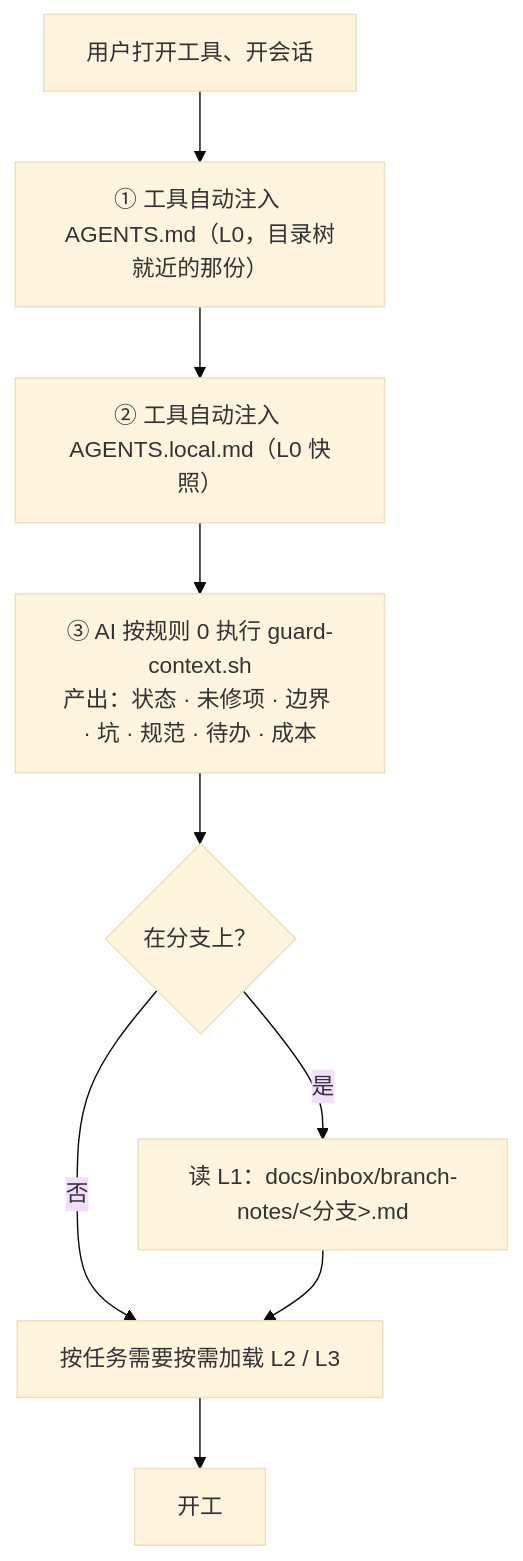
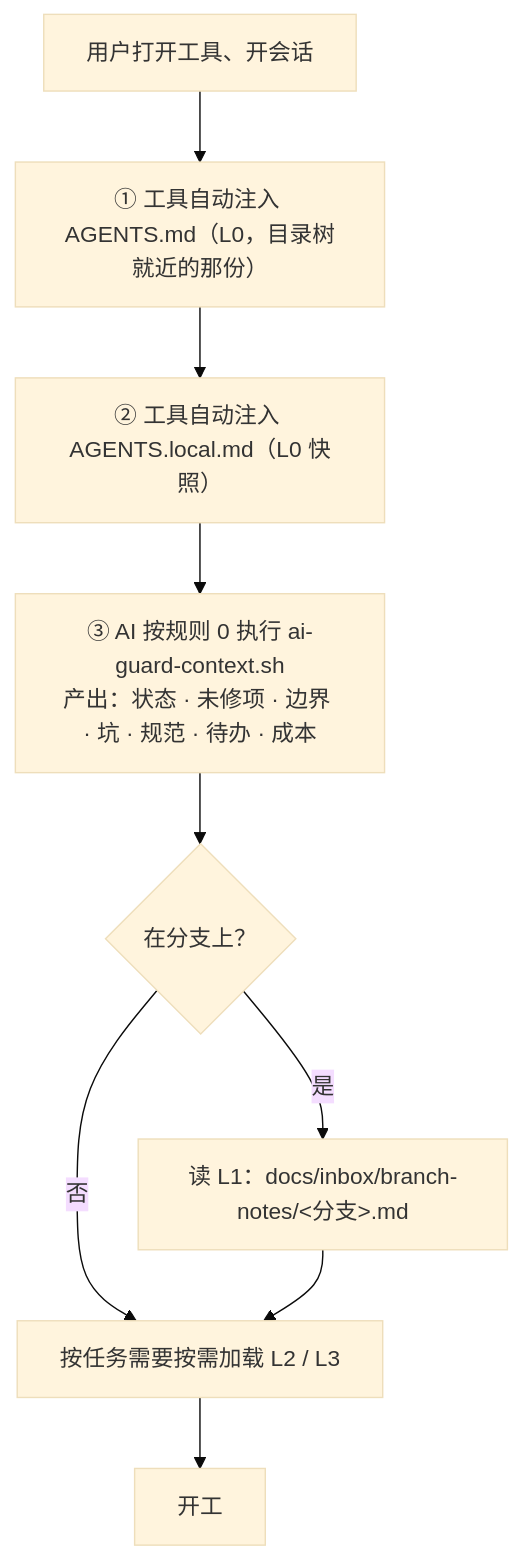
Before and after one commit to adaios/adaios: the third of 9 diagrams in docs/architecture/ai-context-engineering.md, drawn with Mermaid (base theme). The commit also changed other lines of this file and 144 other files, not shown here.

````diff
--- a/docs/architecture/ai-context-engineering.md
+++ b/docs/architecture/ai-context-engineering.md
@@ -170,11 +170,11 @@
 ```mermaid
 flowchart TD
     S["用户打开工具、开会话"] --> A["① 工具自动注入 AGENTS.md（L0，目录树就近的那份）"]
     A --> B["② 工具自动注入 AGENTS.local.md（L0 快照）"]
-    B --> C["③ AI 按规则 0 执行 guard-context.sh<br/>产出：状态 · 未修项 · 边界 · 坑 · 规范 · 待办 · 成本"]
+    B --> C["③ AI 按规则 0 执行 ai-guard-context.sh<br/>产出：状态 · 未修项 · 边界 · 坑 · 规范 · 待办 · 成本"]
     C --> D{"在分支上？"}
     D -->|是| E["读 L1：docs/inbox/branch-notes/&lt;分支&gt;.md"]
     D -->|否| F["按任务需要按需加载 L2 / L3"]
     E --> F
     F --> G["开工"]
 ```
````
